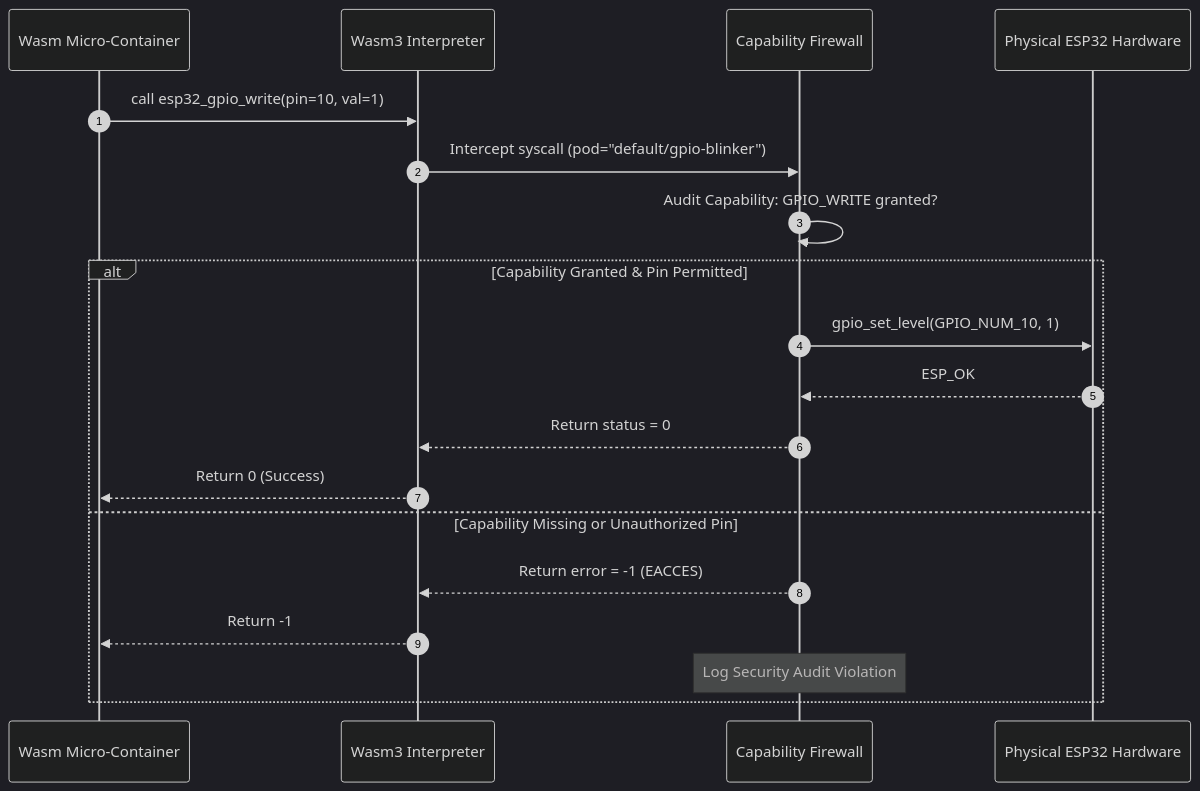
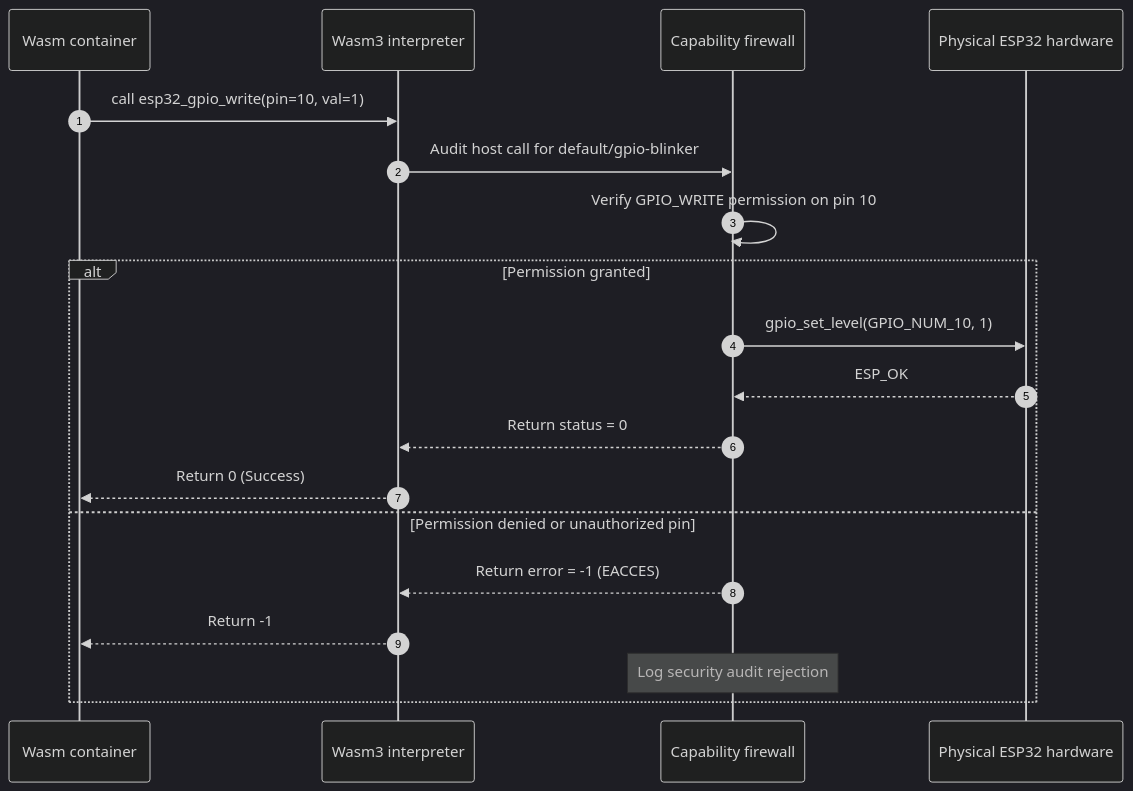
One commit to arterialist/kube32 changed the second of 2 diagrams in docs/architecture/wasm-runtime.md. Above: the diagram before and after it, drawn with Mermaid (dark theme). The commit also changed other lines of this file and 16 other files, not shown here.

````diff
--- a/docs/architecture/wasm-runtime.md
+++ b/docs/architecture/wasm-runtime.md
@@ -57,22 +59,22 @@
 ```mermaid
 sequenceDiagram
     autonumber
-    participant Guest as Wasm Micro-Container
-    participant W3 as Wasm3 Interpreter
-    participant Gate as Capability Firewall
-    participant HAL as Physical ESP32 Hardware
+    participant Guest as Wasm container
+    participant W3 as Wasm3 interpreter
+    participant Gate as Capability firewall
+    participant HAL as Physical ESP32 hardware
 
     Guest->>W3: call esp32_gpio_write(pin=10, val=1)
-    W3->>Gate: Intercept syscall (pod="default/gpio-blinker")
-    Gate->>Gate: Audit Capability: GPIO_WRITE granted?
-    alt Capability Granted & Pin Permitted
+    W3->>Gate: Audit host call for default/gpio-blinker
+    Gate->>Gate: Verify GPIO_WRITE permission on pin 10
+    alt Permission granted
         Gate->>HAL: gpio_set_level(GPIO_NUM_10, 1)
         HAL-->>Gate: ESP_OK
         Gate-->>W3: Return status = 0
         W3-->>Guest: Return 0 (Success)
-    else Capability Missing or Unauthorized Pin
+    else Permission denied or unauthorized pin
         Gate-->>W3: Return error = -1 (EACCES)
         W3-->>Guest: Return -1
-        Note over Gate: Log Security Audit Violation
+        Note over Gate: Log security audit rejection
     end
 ```
````
